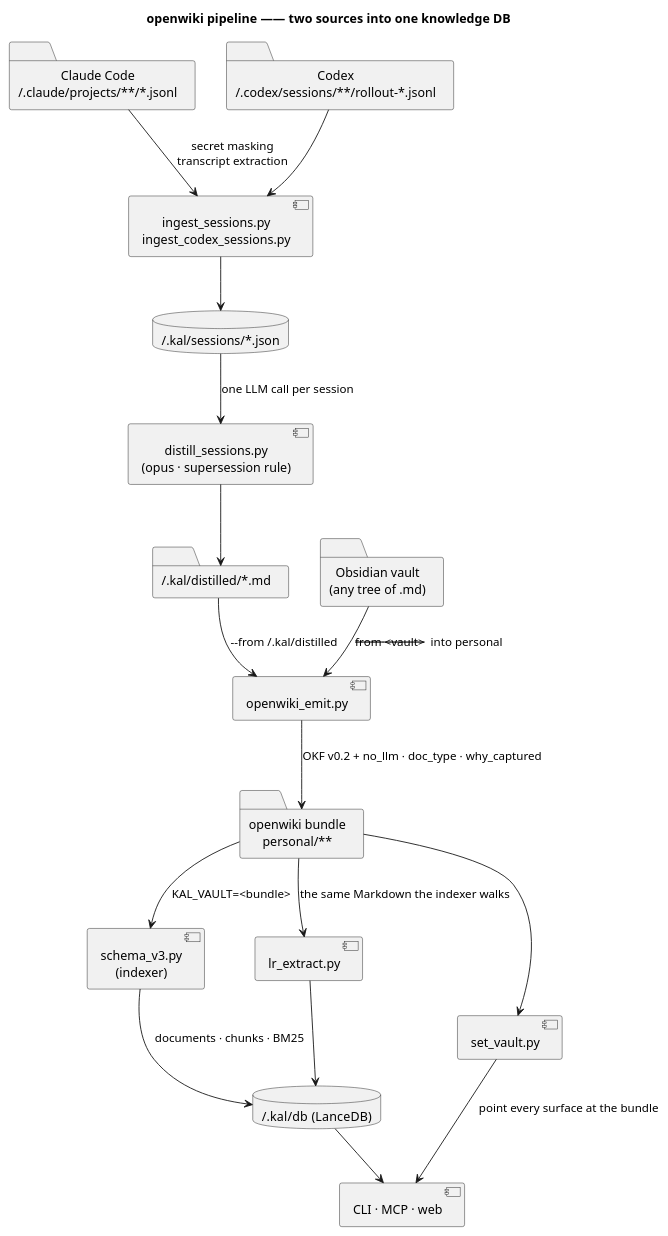
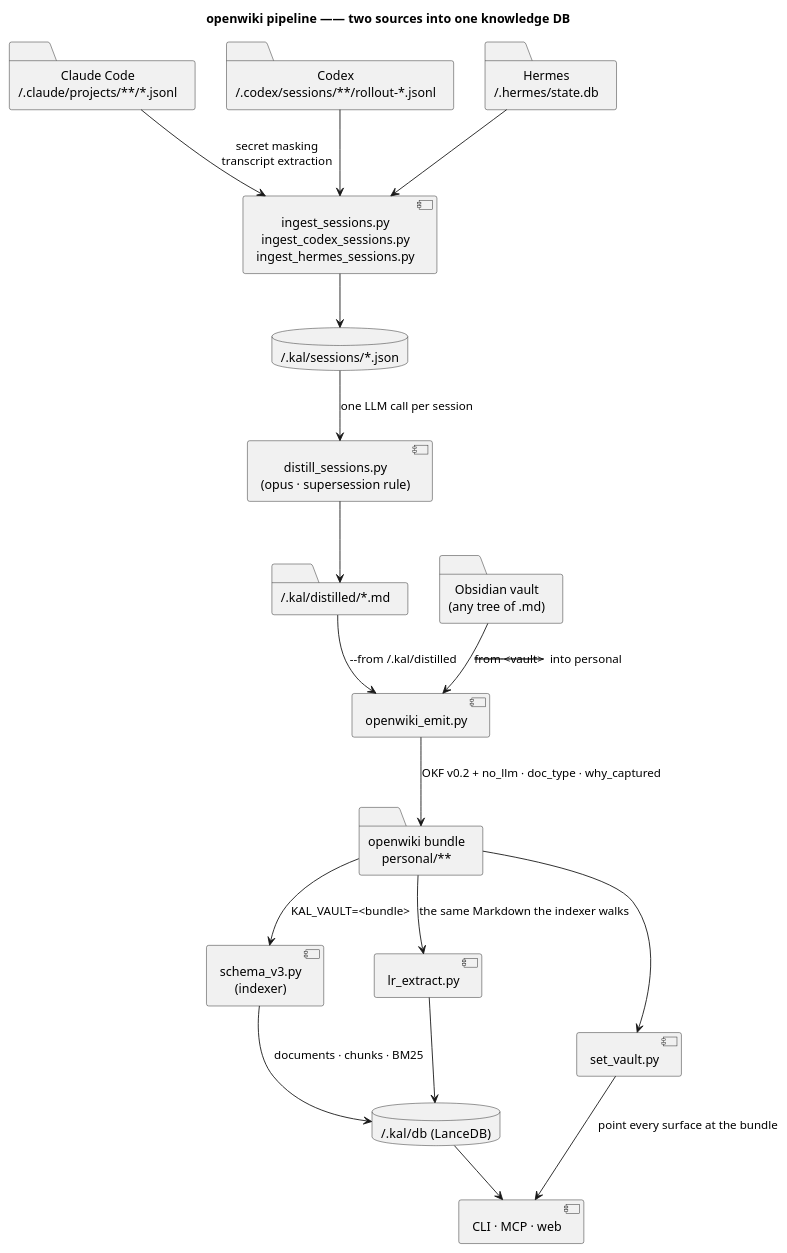
Before and after one commit to HwangTaehyun/kallimachos: the diagram in docs/OPENWIKI-PIPELINE.md, drawn with PlantUML. The commit also changed other lines of this file and 12 other files, not shown here.

````diff
--- a/docs/OPENWIKI-PIPELINE.md
+++ b/docs/OPENWIKI-PIPELINE.md
@@ -23,38 +23,40 @@
 ```plantuml
 @startuml
 title openwiki pipeline —— two sources into one knowledge DB
 skinparam defaultTextAlignment center
 
 folder "Claude Code\n~/.claude/projects/**/*.jsonl" as CL
 folder "Codex\n~/.codex/sessions/**/rollout-*.jsonl" as CX
+folder "Hermes\n~/.hermes/state.db" as HX
 folder "Obsidian vault\n(any tree of .md)" as VA
 
-component "ingest_sessions.py\ningest_codex_sessions.py" as ING
+component "ingest_sessions.py\ningest_codex_sessions.py\ningest_hermes_sessions.py" as ING
 database "~/.kal/sessions/*.json" as SESS
 component "distill_sessions.py\n(opus · supersession rule)" as DIS
 folder "~/.kal/distilled/*.md" as DIST
 component "openwiki_emit.py" as EMIT
 folder "openwiki bundle\npersonal/**" as BUN
 component "schema_v3.py\n(indexer)" as IDX
 database "~/.kal/db  (LanceDB)" as DB
 component "lr_extract.py" as KG
 component "set_vault.py" as ADOPT
 component "CLI · MCP · web" as SURF
 
 CL --> ING : secret masking\ntranscript extraction
 CX --> ING
+HX --> ING
 ING --> SESS
 SESS --> DIS : one LLM call per session
 DIS --> DIST
 DIST --> EMIT : --from ~/.kal/distilled
 VA  --> EMIT : --from <vault>  --into personal
 EMIT --> BUN : OKF v0.2 + no_llm · doc_type · why_captured
 BUN --> IDX : KAL_VAULT=<bundle>
 IDX --> DB : documents · chunks · BM25
 BUN --> KG : the same Markdown the indexer walks
 KG --> DB
 DB --> SURF
 BUN --> ADOPT
 ADOPT --> SURF : point every surface at the bundle
 @enduml
 ```
````
